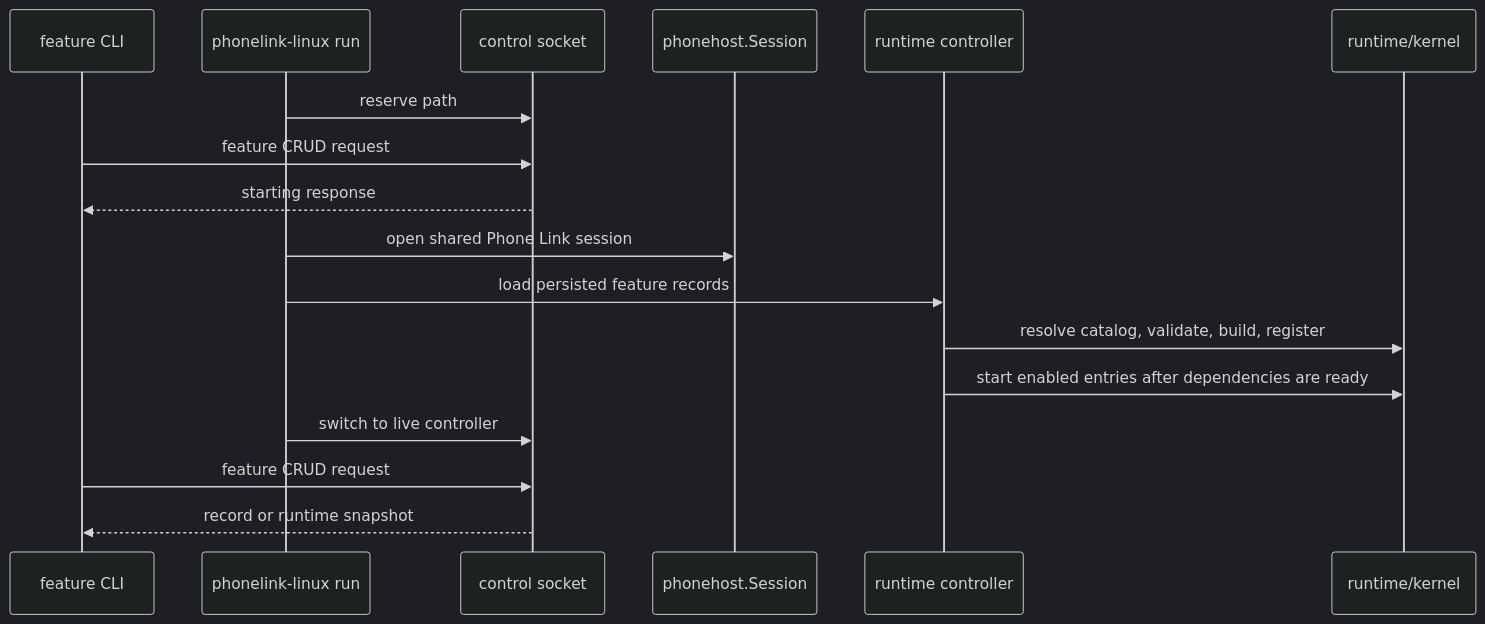
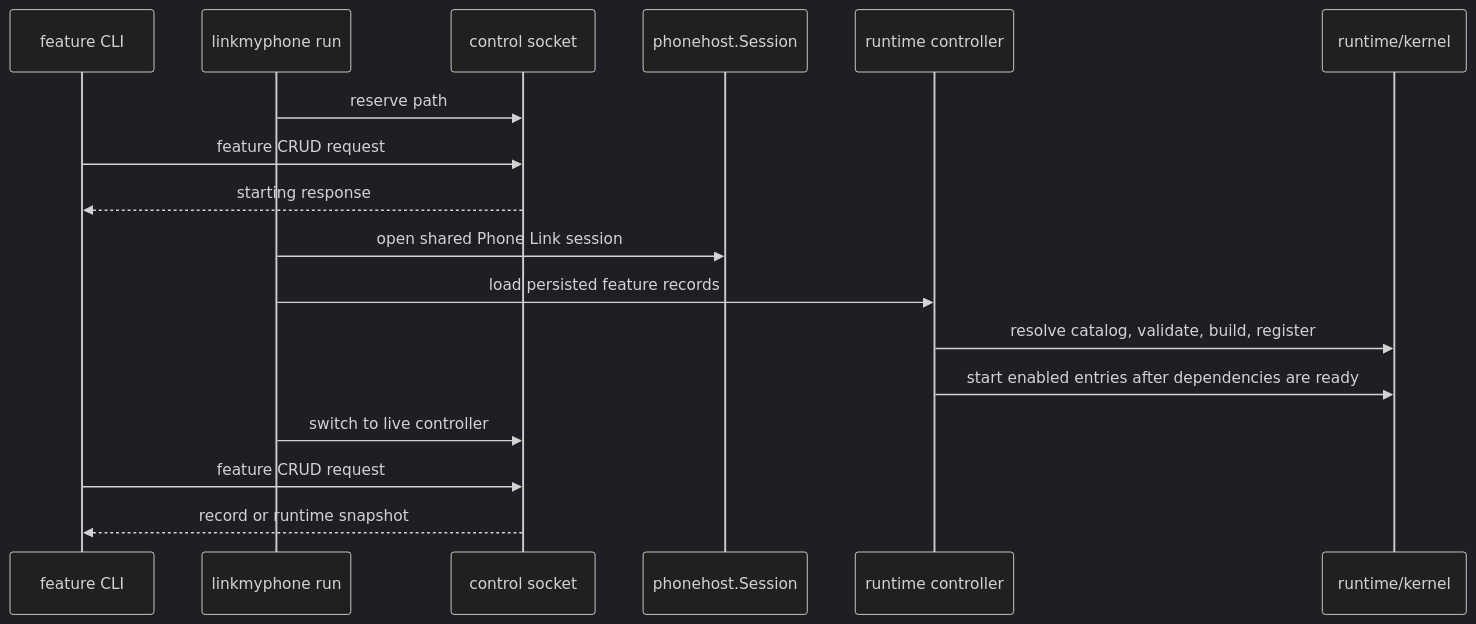
The second of 2 diagrams in docs/architecture/overview.md (YMGPwcca/linkmyphone), drawn with Mermaid (dark theme) before and after one commit. The commit also changed other lines of this file and 100 other files, not shown here.

````diff
--- a/docs/architecture/overview.md
+++ b/docs/architecture/overview.md
@@ -90,20 +90,20 @@
 ```mermaid
 sequenceDiagram
     participant CLI as feature CLI
-    participant Run as phonelink-linux run
+    participant Run as linkmyphone run
     participant Socket as control socket
     participant Host as phonehost.Session
     participant Controller as runtime controller
     participant Kernel as runtime/kernel
 
     Run->>Socket: reserve path
     CLI->>Socket: feature CRUD request
     Socket-->>CLI: starting response
     Run->>Host: open shared Phone Link session
     Run->>Controller: load persisted feature records
     Controller->>Kernel: resolve catalog, validate, build, register
     Controller->>Kernel: start enabled entries after dependencies are ready
     Run->>Socket: switch to live controller
     CLI->>Socket: feature CRUD request
     Socket-->>CLI: record or runtime snapshot
 ```
````
